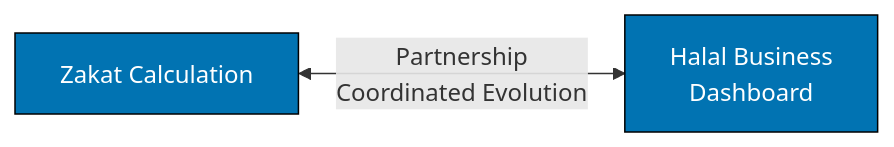
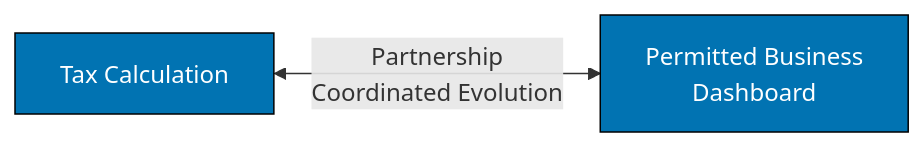
One commit to wahidyankf/open-sharia-enterprise changed the sixth of 16 diagrams in docs/explanation/software/architecture/domain-driven-design-ddd/ex-so-ar-dodrdedd__04-context-mapping.md. Above: the diagram before and after it, drawn with Mermaid. The commit also changed other lines of this file and 94 other files, not shown here.

````diff
--- a/docs/explanation/software/architecture/domain-driven-design-ddd/ex-so-ar-dodrdedd__04-context-mapping.md
+++ b/docs/explanation/software/architecture/domain-driven-design-ddd/ex-so-ar-dodrdedd__04-context-mapping.md
@@ -418,7 +413,7 @@
 ```mermaid
 graph LR
-    ZC[Zakat Calculation] <-->|"Partnership<br/>Coordinated Evolution"| DB[Halal Business<br/>Dashboard]
+    ZC[Tax Calculation] <-->|"Partnership<br/>Coordinated Evolution"| DB[Permitted Business<br/>Dashboard]
 
     style ZC fill:#0173B2,stroke:#000,color:#FFFFFF
     style DB fill:#0173B2,stroke:#000,color:#FFFFFF
 ```
````
